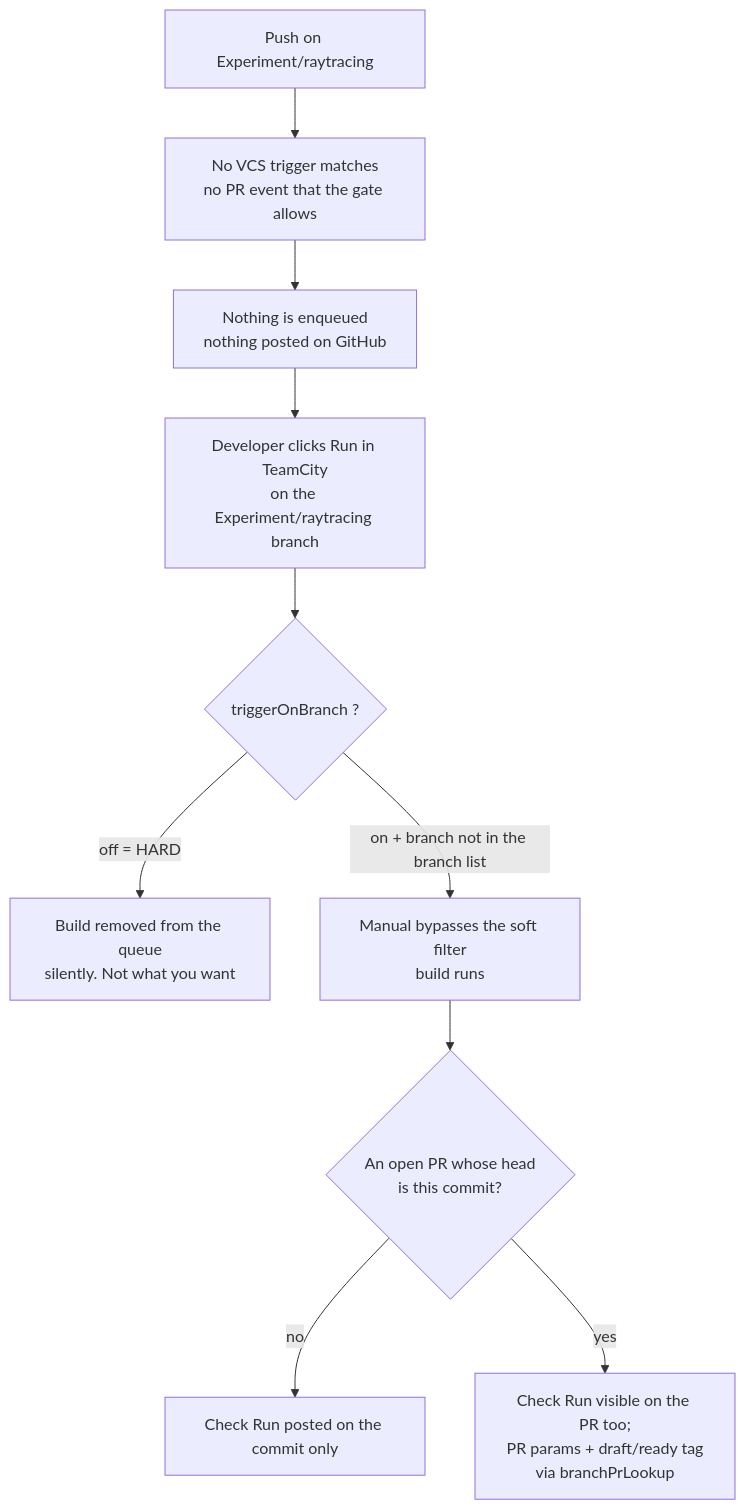
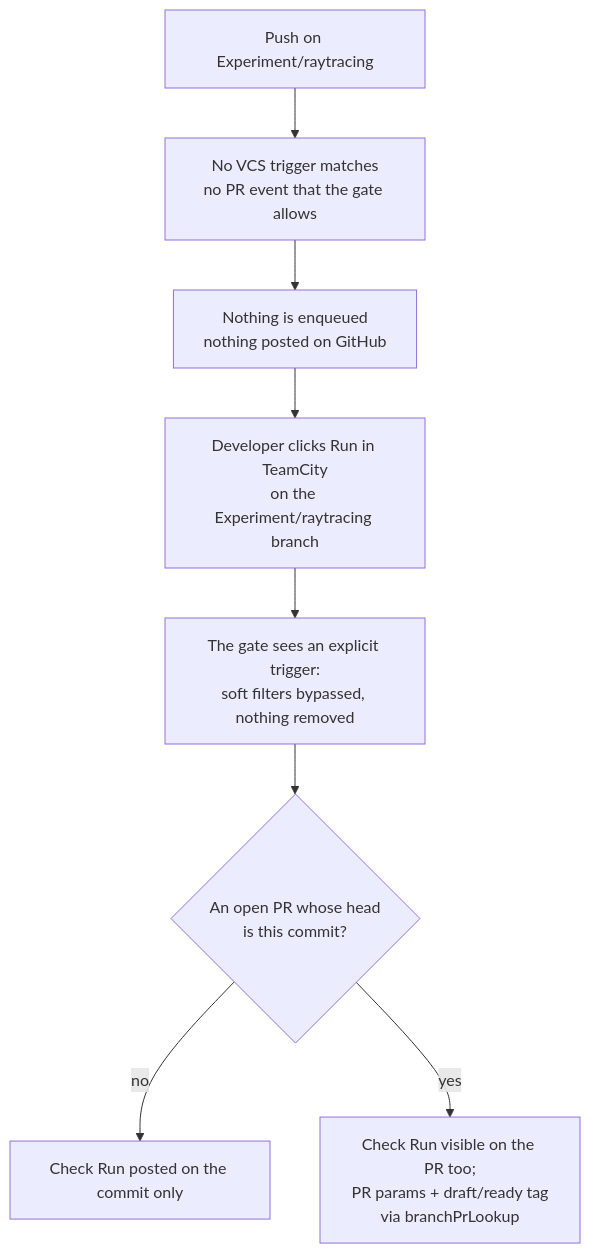
The third of 7 diagrams in doc/branching-workflows.md (Silmaen/teamcity-github), drawn with Mermaid before and after one commit. The commit also changed other lines of this file and 10 other files, not shown here.

````diff
--- a/doc/branching-workflows.md
+++ b/doc/branching-workflows.md
@@ -306,12 +311,10 @@
 ```mermaid
 flowchart TD
     A["Push on Experiment/raytracing"] --> B["No VCS trigger matches<br/>no PR event that the gate allows"]
     B --> C["Nothing is enqueued<br/>nothing posted on GitHub"]
     C --> D["Developer clicks Run in TeamCity<br/>on the Experiment/raytracing branch"]
-    D --> E{"triggerOnBranch ?"}
-    E -->|"off = HARD"| F["Build removed from the queue<br/>silently. Not what you want"]
-    E -->|"on + branch not in the branch list"| G["Manual bypasses the soft filter<br/>build runs"]
-    G --> H{"An open PR whose head<br/>is this commit?"}
-    H -->|no| I["Check Run posted on the commit only"]
-    H -->|yes| J["Check Run visible on the PR too;<br/>PR params + draft/ready tag<br/>via branchPrLookup"]
+    D --> E["The gate sees an explicit trigger:<br/>soft filters bypassed, nothing removed"]
+    E --> F{"An open PR whose head<br/>is this commit?"}
+    F -->|no| G["Check Run posted on the commit only"]
+    F -->|yes| H["Check Run visible on the PR too;<br/>PR params + draft/ready tag<br/>via branchPrLookup"]
 ```
````
